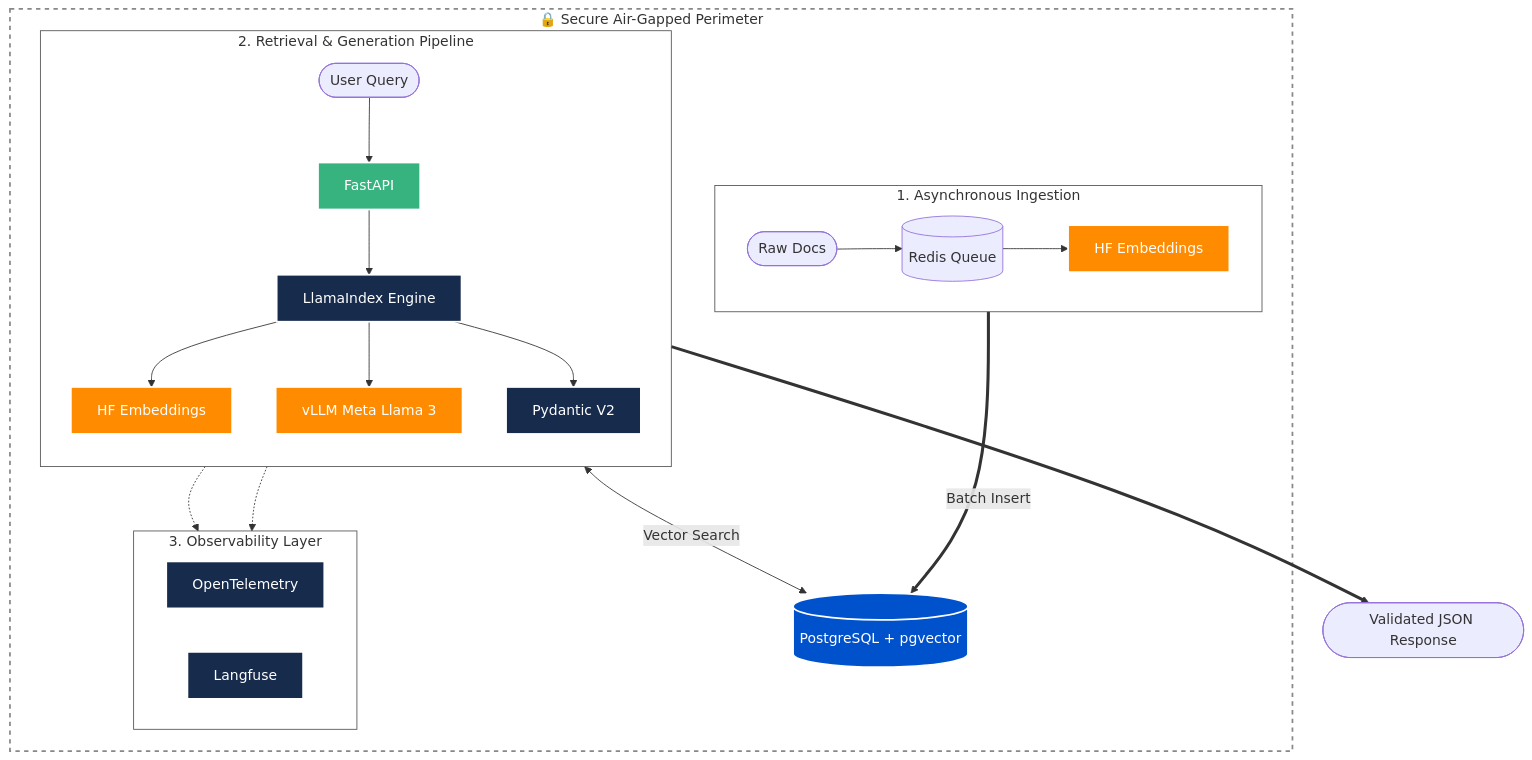
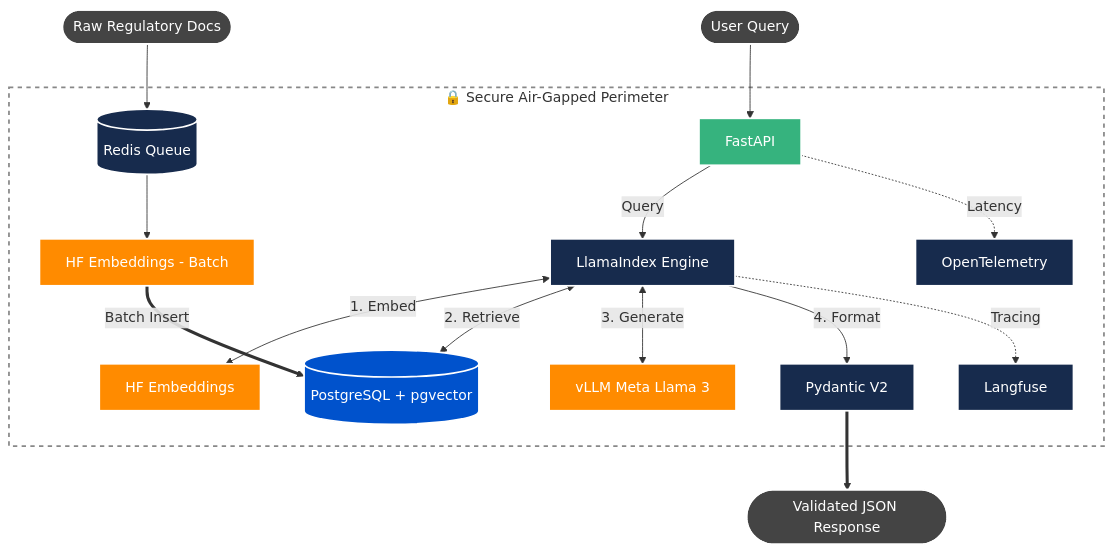
One commit to vinaysuda/sovereign-rag-benchmark changed the diagram in README.md. Above: the diagram before and after it, drawn with Mermaid. The commit also changed other lines of this file, not shown here.

Commit message:
docs: update README with enhanced system architecture and performance metrics
- Improved clarity in the system architecture diagram and fixed Mermaid syntax.
- Added detailed performance metrics showcasing query resolution time, retrieval precision, latency, and ingestion velocity.
- Enhanced descriptions of the tech stack components for better understanding.

````diff
--- a/README.md
+++ b/README.md
@@ -15,48 +18,60 @@
 ```mermaid
-flowchart TB
+flowchart TD
     %% --- Node Styling ---
     classDef db fill:#0052CC,stroke:#fff,stroke-width:2px,color:#fff
     classDef ai fill:#FF8B00,stroke:#fff,stroke-width:2px,color:#fff
     classDef core fill:#172B4D,stroke:#fff,stroke-width:2px,color:#fff
     classDef api fill:#36B37E,stroke:#fff,stroke-width:2px,color:#fff
+    classDef external fill:#444,stroke:#fff,stroke-width:2px,color:#fff
+
+    Req([User Query]):::external
+    Doc([Raw Regulatory Docs]):::external
 
     subgraph VPC [🔒 Secure Air-Gapped Perimeter]
         
-        subgraph Ingestion [1. Asynchronous Ingestion]
-            direction LR
-            %% FIX: Changed Q[{Redis Queue}] to Q[(Redis Queue)] to satisfy GitHub parser
-            Doc([Raw Docs]) --> Q[(Redis Queue)] --> E1[HF Embeddings]:::ai
-        end
-
+        %% Pipeline Nodes
+        Q[(Redis Queue)]:::core
+        E1[HF Embeddings - Batch]:::ai
+        
+        App[FastAPI]:::api
+        Engine[LlamaIndex Engine]:::core
+        
+        E2[HF Embeddings]:::ai
+        LLM[vLLM Meta Llama 3]:::ai
+        Val[Pydantic V2]:::core
+        
         DB[(PostgreSQL + pgvector)]:::db
 
-        subgraph Inference [2. Retrieval & Generation Pipeline]
-            direction TB
-            Req([User Query]) --> App[FastAPI]:::api
-            App --> Engine[LlamaIndex Engine]:::core
-            Engine --> E2[HF Embeddings]:::ai
-            Engine --> LLM[vLLM Meta Llama 3]:::ai
-            Engine --> Val[Pydantic V2]:::core
-        end
+        Otel[OpenTelemetry]:::core
+        Lang[Langfuse]:::core
+
+        %% --- Routing Flow ---
         
-        subgraph Obs [3. Observability Layer]
-            direction LR
-            Otel[OpenTelemetry]:::core
-            Lang[Langfuse]:::core
-        end
+        %% 1. Ingestion Pipeline
+        Q --> E1
+        E1 ==>|Batch Insert| DB
+
+        %% 2. Inference Pipeline (FIXED LOGIC)
+        App -->|Query| Engine
         
-        %% Internal Layout Routing
-        E1 ==> |Batch Insert| DB
-        E2 <--> |Vector Search| DB
-        App -.-> Otel
-        Engine -.-> Lang
+        %% Engine acts as the Orchestrator
+        Engine <-->|1. Embed| E2
+        Engine <-->|2. Retrieve| DB
+        Engine <-->|3. Generate| LLM
+        Engine -->|4. Format| Val
+        
+        %% 3. Observability 
+        App -.->|Latency| Otel
+        Engine -.->|Tracing| Lang
     end
-    
-    Val ==> Out([Validated JSON Response])
-    
-    %% Transparent styling prevents dark/light mode issues
+
+    Out([Validated JSON Response]):::external
+
+    %% --- External Perimeters ---
+    Doc --> Q
+    Req --> App
+    Val ==> Out
+
+    %% --- Theme Compatibility ---
     style VPC fill:transparent,stroke:#888,stroke-dasharray: 5 5,stroke-width:2px
-    style Ingestion fill:transparent,stroke:#555,stroke-width:1px
-    style Inference fill:transparent,stroke:#555,stroke-width:1px
-    style Obs fill:transparent,stroke:#555,stroke-width:1px
 ```
````
